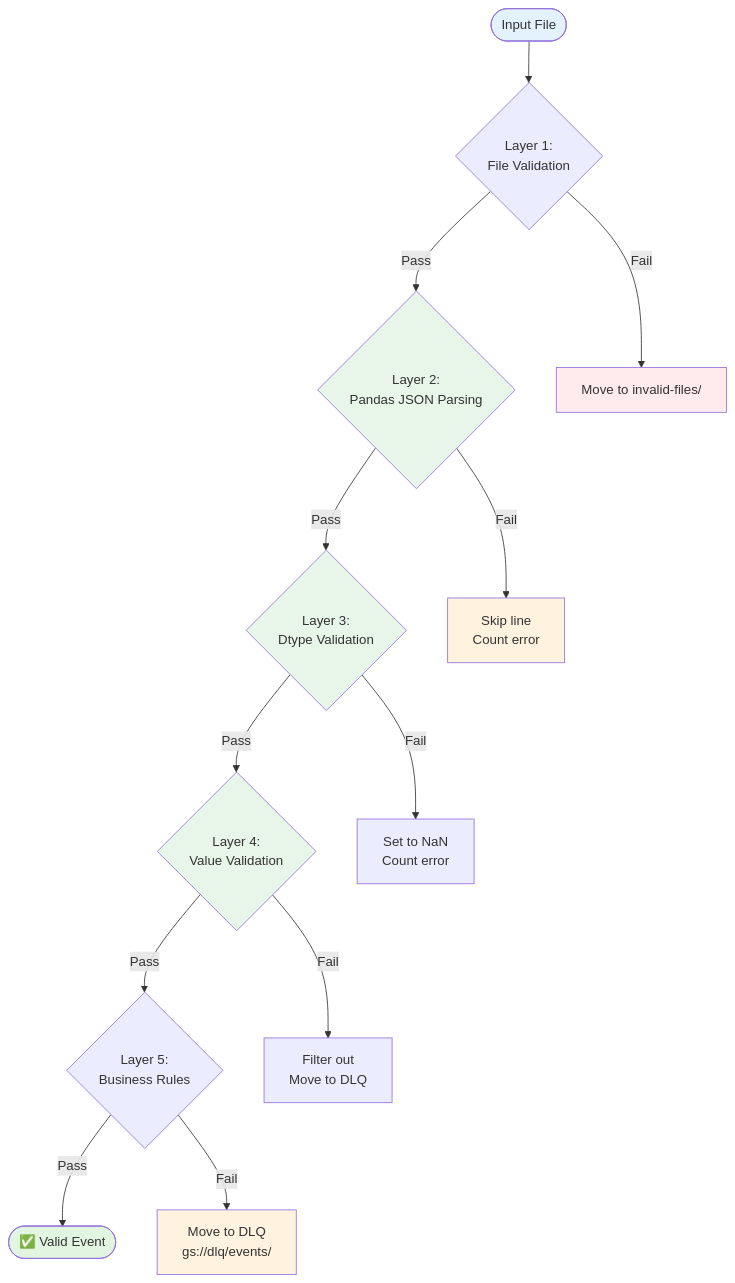
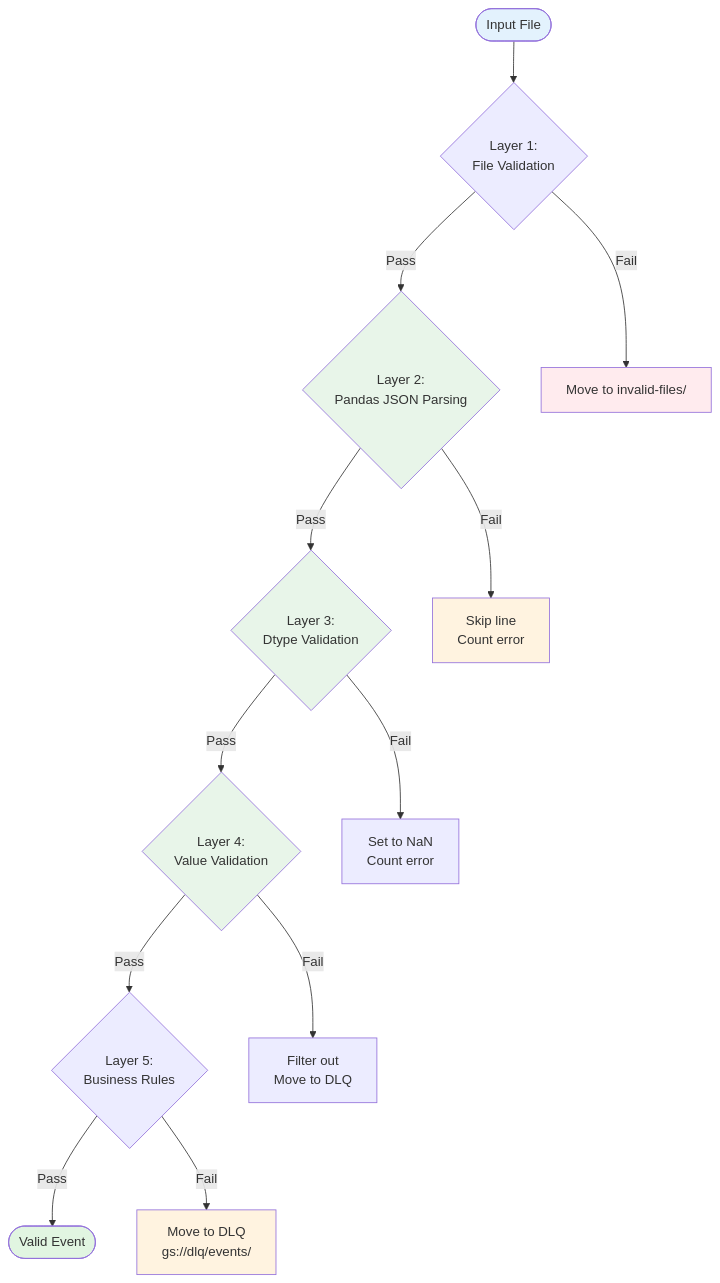
The diagram in design/github_archive/phase2_process_files/diagrams/04_validation_layers.md (prateekpanjla-outlook/gcp_data_proc), drawn with Mermaid before and after one commit. The commit also changed 56 other files, not shown here.

````diff
--- a/design/github_archive/phase2_process_files/diagrams/04_validation_layers.md
+++ b/design/github_archive/phase2_process_files/diagrams/04_validation_layers.md
@@ -3,28 +3,28 @@
 ```mermaid
 graph TB
     Input([Input File]) --> L1{Layer 1:<br>File Validation}
 
     L1 -->|Pass| L2{Layer 2:<br>Pandas JSON Parsing}
     L1 -->|Fail| Invalid[Move to invalid-files/]
 
     L2 -->|Pass| L3{Layer 3:<br>Dtype Validation}
     L2 -->|Fail| Skip[Skip line<br>Count error]
 
     L3 -->|Pass| L4{Layer 4:<br>Value Validation}
     L3 -->|Fail| NaN[Set to NaN<br>Count error]
 
     L4 -->|Pass| L5{Layer 5:<br>Business Rules}
     L4 -->|Fail| Filter[Filter out<br>Move to DLQ]
 
-    L5 -->|Pass| Output([✅ Valid Event])
+    L5 -->|Pass| Output([Valid Event])
     L5 -->|Fail| DLQ[Move to DLQ<br>gs://dlq/events/]
 
     style Input fill:#e3f2fd
     style Output fill:#e1f5e1
     style Invalid fill:#ffebee
     style DLQ fill:#fff3e0
     style Skip fill:#fff3e0
     style L2 fill:#e8f5e9
     style L3 fill:#e8f5e9
     style L4 fill:#e8f5e9
 ```
````
